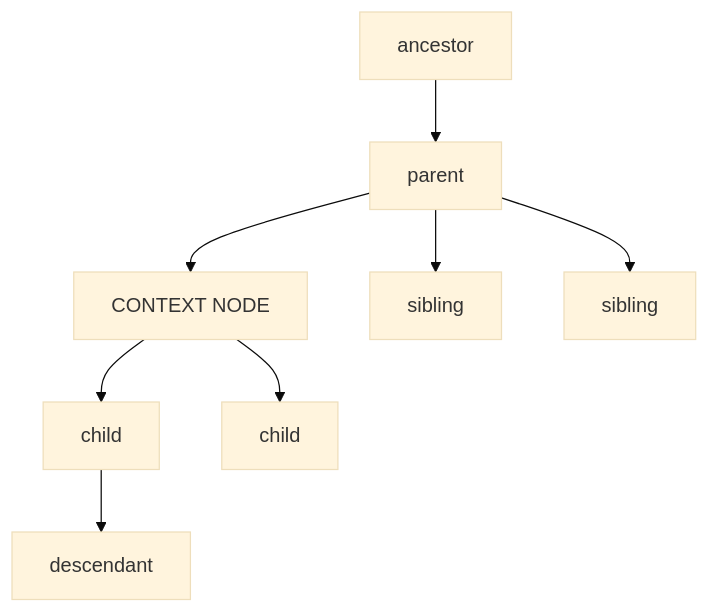
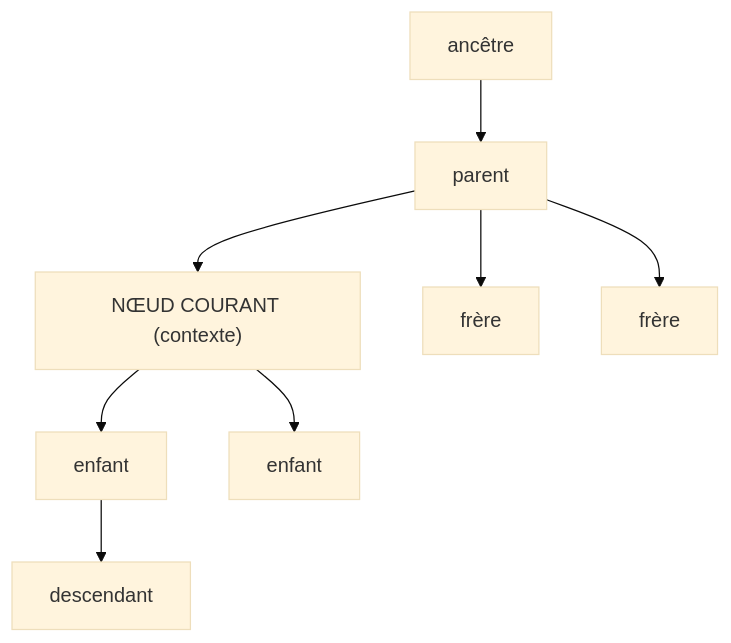
The tenth of 14 diagrams in SOA/XML_Technologies_Study_Guide.md (ghaithsoltani/my-courses), drawn with Mermaid (base theme) before and after one commit. The commit also changed other lines of this file and 9 other files, not shown here.

````diff
--- a/SOA/XML_Technologies_Study_Guide.md
+++ b/SOA/XML_Technologies_Study_Guide.md
@@ -684,10 +684,10 @@
 ```mermaid
 graph TD
-    GP[ancestor] --> P[parent]
-    P --> ME["CONTEXT NODE"]
-    P --> SIB1[sibling]
-    P --> SIB2[sibling]
-    ME --> CH1[child]
-    ME --> CH2[child]
+    GP[ancêtre] --> P[parent]
+    P --> ME["NŒUD COURANT (contexte)"]
+    P --> SIB1[frère]
+    P --> SIB2[frère]
+    ME --> CH1[enfant]
+    ME --> CH2[enfant]
     CH1 --> D1[descendant]
 ```
````
